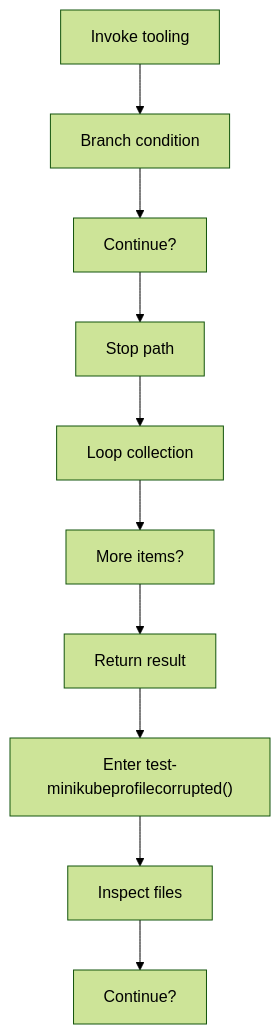
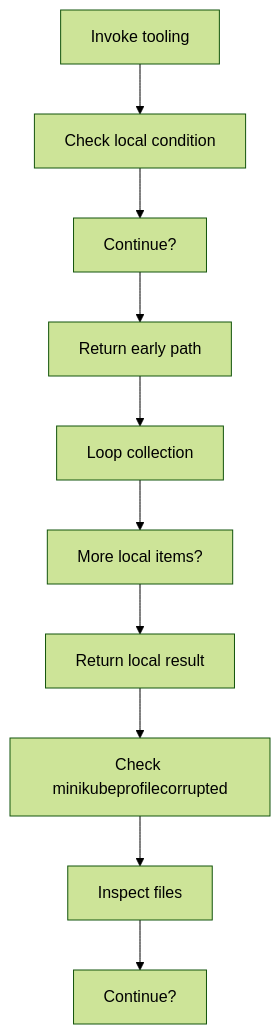
One commit to JohnAndrewBalbarosa/NeoTerritory changed the eighth of 8 diagrams in docs/Codebase/Infrastructure/session-orchestration/bootstrap_and_deploy/bootstrap_and_deploy_program_flow_01.ps1.md. Above: the diagram before and after it, drawn with Mermaid (forest theme). The commit also changed other lines of this file and 925 other files, not shown here.

````diff
--- a/docs/Codebase/Infrastructure/session-orchestration/bootstrap_and_deploy/bootstrap_and_deploy_program_flow_01.ps1.md
+++ b/docs/Codebase/Infrastructure/session-orchestration/bootstrap_and_deploy/bootstrap_and_deploy_program_flow_01.ps1.md
@@ -178,22 +178,22 @@
 ```mermaid
 flowchart TD
     N0["Invoke tooling"]
-    N1["Branch condition"]
+    N1["Check local condition"]
     N2["Continue?"]
-    N3["Stop path"]
+    N3["Return early path"]
     N4["Loop collection"]
-    N5["More items?"]
-    N6["Return result"]
-    N7["Enter test-minikubeprofilecorrupted()"]
+    N5["More local items?"]
+    N6["Return local result"]
+    N7["Check minikubeprofilecorrupted"]
     N8["Inspect files"]
     N9["Continue?"]
     N0 --> N1
     N1 --> N2
     N2 --> N3
     N3 --> N4
     N4 --> N5
     N5 --> N6
     N6 --> N7
     N7 --> N8
     N8 --> N9
 ```
````
